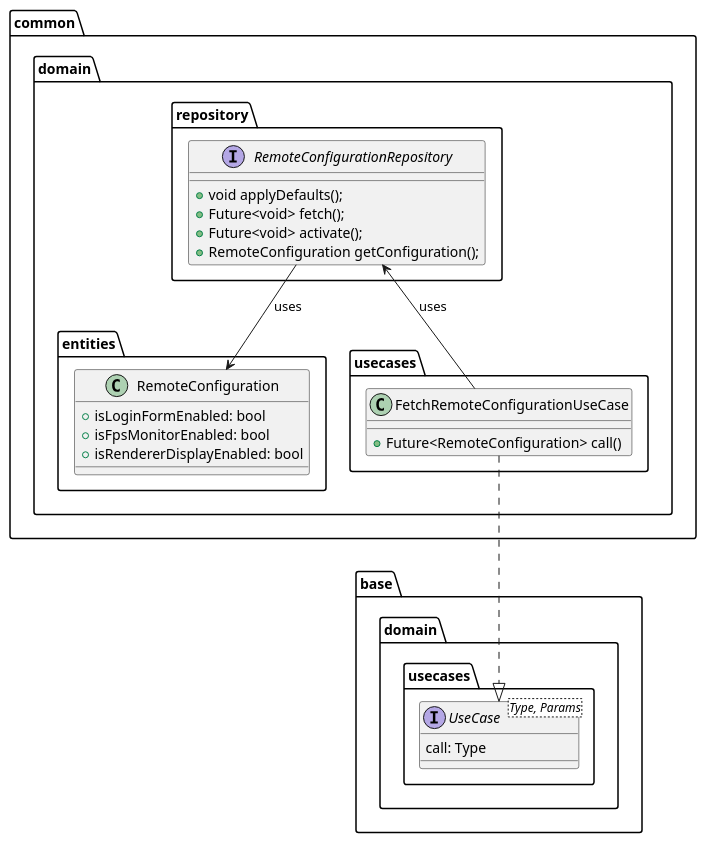
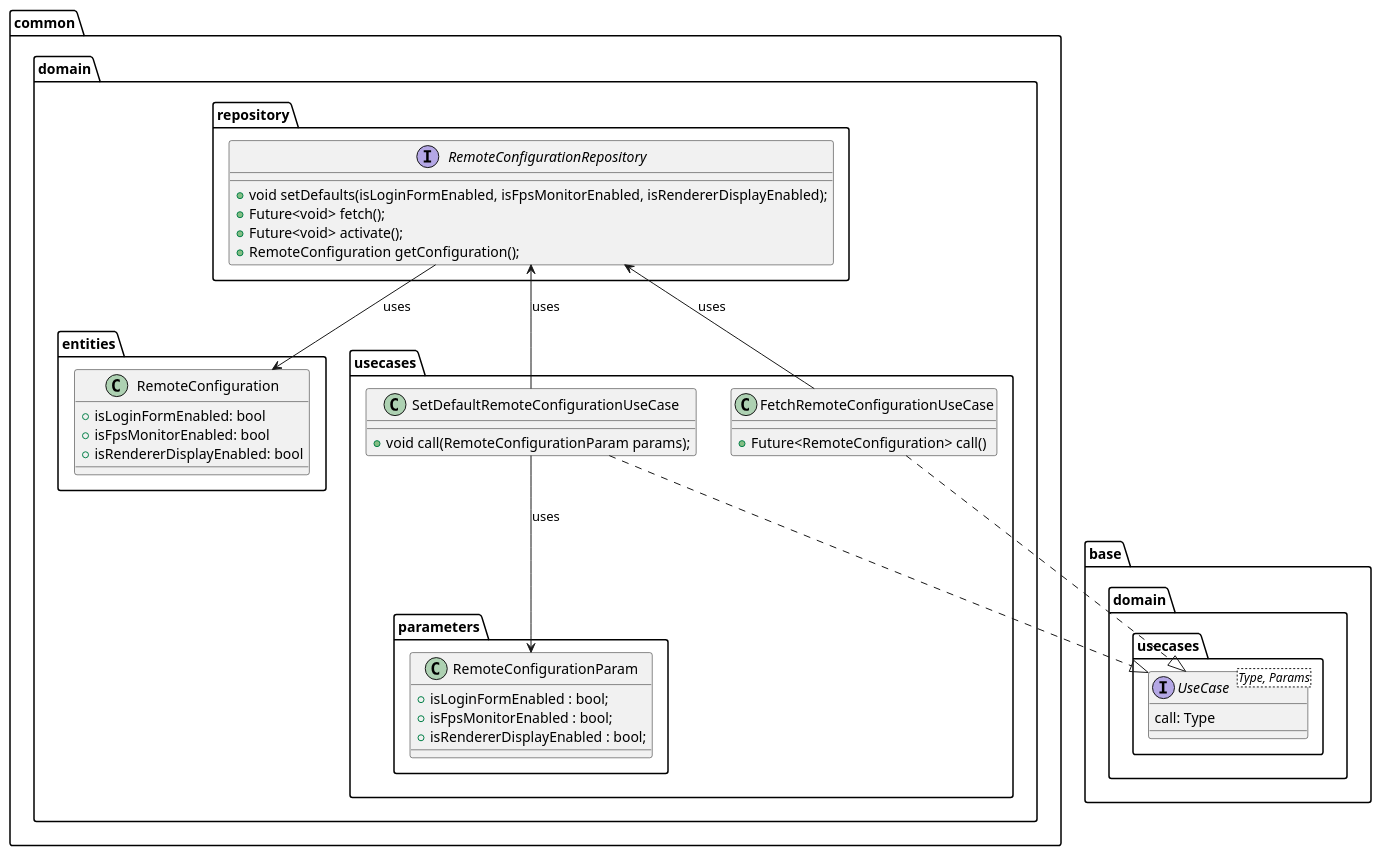
Before and after one commit to Flank/flank-dashboard: the diagram in metrics/web/docs/features/remote_config/diagrams/remote_config_domain_layer_class_diagram.puml, drawn with PlantUML. The commit also changed 3 other files, not shown here.

Commit message:
Add usecases, add params, fix namings, update sequence

```diff
--- a/metrics/web/docs/features/remote_config/diagrams/remote_config_domain_layer_class_diagram.puml
+++ b/metrics/web/docs/features/remote_config/diagrams/remote_config_domain_layer_class_diagram.puml
@@ -1,39 +1,57 @@
 @startuml remote_config_domain_layer_class_diagram
 
 package base.domain.usecases {
     interface UseCase<Type, Params> {
         call: Type
     }
 }
 
 package common.domain {
     package repository {
         interface RemoteConfigurationRepository {
-            + void applyDefaults();
+            + void setDefaults(isLoginFormEnabled, isFpsMonitorEnabled, isRendererDisplayEnabled);
             + Future<void> fetch();
             + Future<void> activate();
             + RemoteConfiguration getConfiguration();
         }
     }
 
     package entities {
         class RemoteConfiguration {
             + isLoginFormEnabled: bool
             + isFpsMonitorEnabled: bool
             + isRendererDisplayEnabled: bool
         }
     }
 
     package usecases {
         class FetchRemoteConfigurationUseCase {
             + Future<RemoteConfiguration> call()
         }
+
+        class SetDefaultRemoteConfigurationUseCase {
+            + void call(RemoteConfigurationParam params);
+        }
+
+        package parameters {
+            class RemoteConfigurationParam {
+                + isLoginFormEnabled : bool;
+                + isFpsMonitorEnabled : bool;
+                + isRendererDisplayEnabled : bool;
+            }
+        }
+
     }
 }
 
 FetchRemoteConfigurationUseCase ..|> UseCase
+SetDefaultRemoteConfigurationUseCase ..|> UseCase
+
 FetchRemoteConfigurationUseCase -up-> RemoteConfigurationRepository : uses
+SetDefaultRemoteConfigurationUseCase -up-> RemoteConfigurationRepository : uses
 
 RemoteConfigurationRepository --> RemoteConfiguration: uses
 
+SetDefaultRemoteConfigurationUseCase --> RemoteConfigurationParam : uses
+
 @enduml
```
